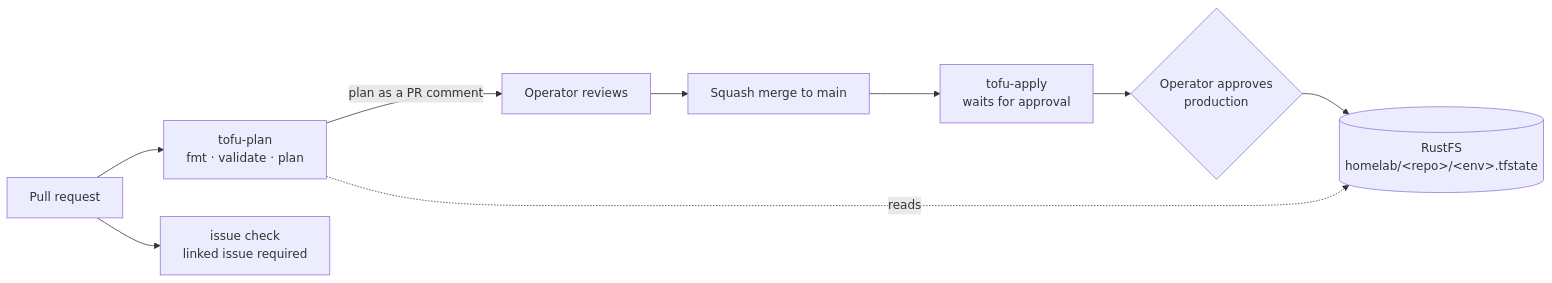
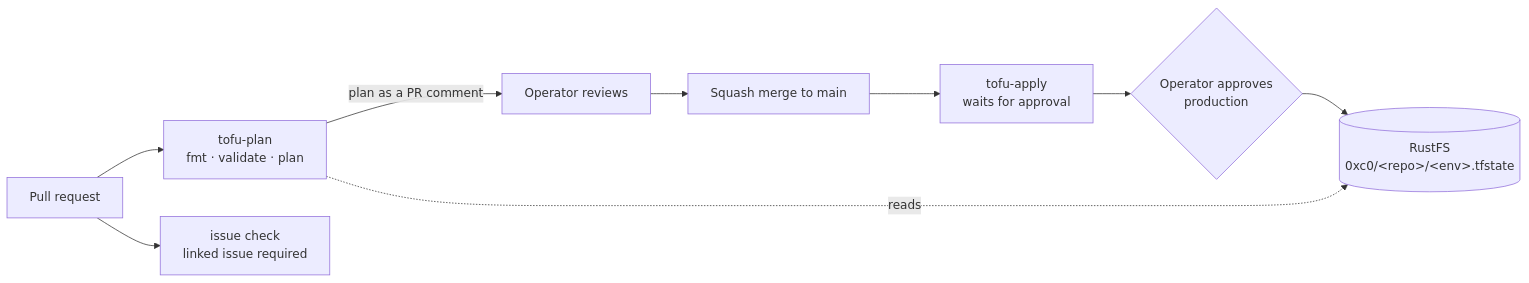
One commit to 0xc0-homelab/infrastructure changed the sixth of 7 diagrams in docs/architecture.md. Above: the diagram before and after it, drawn with Mermaid. The commit also changed 2 other files, not shown here.

Commit message:
refactor(tofu): keep the state under 0xc0/ (#185)
Refs 0xc0-labs/workspace#60
Refs 0xc0-labs/workspace#58

Step 5 of the rename: this root's state key moves from
`homelab/infrastructure/prod.tfstate` to
`0xc0/infrastructure/prod.tfstate`. The docs follow.

**Until the state is copied, this PR's plan reads an empty key and shows
every resource as new. That plan is not real.**

## Operator, before merging

From this branch, over WARP, with no pipeline running on this repo:

```sh
git -C ~/git/github/0xc0-homelab/workspace/infrastructure switch refactor/rename-homelab-state
cd ~/git/github/0xc0-homelab/workspace/infrastructure
scripts/tofu prod init -migrate-state -force-copy
```

It copies the state from the old key to the new one, and the old object
stays. Then re-run this PR's plan: it must show **No changes**. Only
then merge.

The old object `homelab/infrastructure/prod.tfstate` is deleted later,
once every repo is on the new prefix.

````diff
--- a/docs/architecture.md
+++ b/docs/architecture.md
@@ -213,11 +213,11 @@
 ```mermaid
 flowchart LR
   pr["Pull request"] --> plan["tofu-plan<br/>fmt · validate · plan"]
   pr --> issue["issue check<br/>linked issue required"]
   plan -- "plan as a PR comment" --> review["Operator reviews"]
   review --> merge["Squash merge to main"]
   merge --> apply["tofu-apply<br/>waits for approval"]
   apply --> approve{"Operator approves<br/>production"}
-  approve --> state[("RustFS<br/>homelab/&lt;repo&gt;/&lt;env&gt;.tfstate")]
+  approve --> state[("RustFS<br/>0xc0/&lt;repo&gt;/&lt;env&gt;.tfstate")]
   plan -. "reads" .-> state
 ```
````
